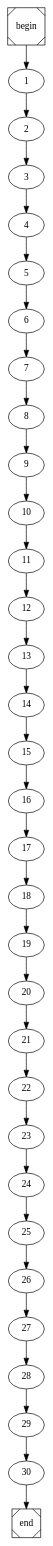
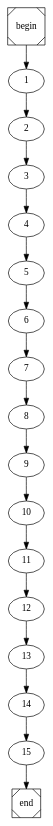
The diagram in main.dot (arubenruben/JMM-Compiler), drawn with Graphviz before and after one commit. The commit also changed 9 other files, not shown here.

```diff
--- a/main.dot
+++ b/main.dot
@@ -1,4 +1,4 @@
 digraph cfg {
 	begin [shape=Msquare];
 	end [shape=Msquare];
-	begin -> 1;	1 -> 2;	2 -> 3;	3 -> 4;	4 -> 5;	5 -> 6;	6 -> 7;	7 -> 8;	8 -> 9;	9 -> 10;	10 -> 11;	11 -> 12;	12 -> 13;	13 -> 14;	14 -> 15;	15 -> 16;	16 -> 17;	17 -> 18;	18 -> 19;	19 -> 20;	20 -> 21;	21 -> 22;	22 -> 23;	23 -> 24;	24 -> 25;	25 -> 26;	26 -> 27;	27 -> 28;	28 -> 29;	29 -> 30;	30 -> end;}
+	begin -> 1;	1 -> 2;	2 -> 3;	3 -> 4;	4 -> 5;	5 -> 6;	6 -> 7;	7 -> 8;	8 -> 9;	9 -> 10;	10 -> 11;	11 -> 12;	12 -> 13;	13 -> 14;	14 -> 15;	15 -> end;}
```
